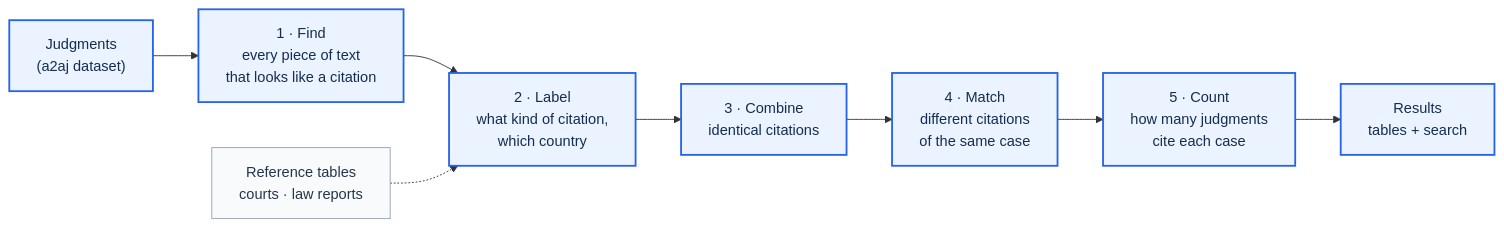
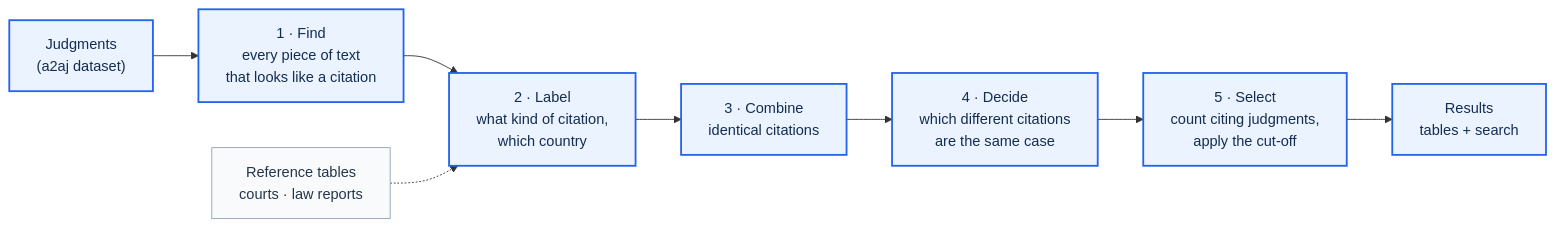
One commit to yubow47-bot/case-citation-pipeline changed the first of 2 diagrams in README.md. Above: the diagram before and after it, drawn with Mermaid.

Commit message:
Align pipeline diagram step names with the text (Decide, Select)

````diff
--- a/README.md
+++ b/README.md
@@ -87,19 +87,19 @@
 ```mermaid
 flowchart LR
     J["Judgments<br/>(a2aj dataset)"]
     E["1 · Find<br/>every piece of text<br/>that looks like a citation"]
     C["2 · Label<br/>what kind of citation,<br/>which country"]
     M["3 · Combine<br/>identical citations"]
-    D["4 · Match<br/>different citations<br/>of the same case"]
-    S["5 · Count<br/>how many judgments<br/>cite each case"]
+    D["4 · Decide<br/>which different citations<br/>are the same case"]
+    S["5 · Select<br/>count citing judgments,<br/>apply the cut-off"]
     O["Results<br/>tables + search"]
     T["Reference tables<br/>courts · law reports"]
 
     J --> E --> C --> M --> D --> S --> O
     T -.-> C
 
     classDef main fill:#eaf3ff,stroke:#2563eb,stroke-width:2px,color:#142d50;
     classDef support fill:#f8fafc,stroke:#94a3b8,color:#25354a;
     class J,E,C,M,D,S,O main;
     class T support;
 ```
````
